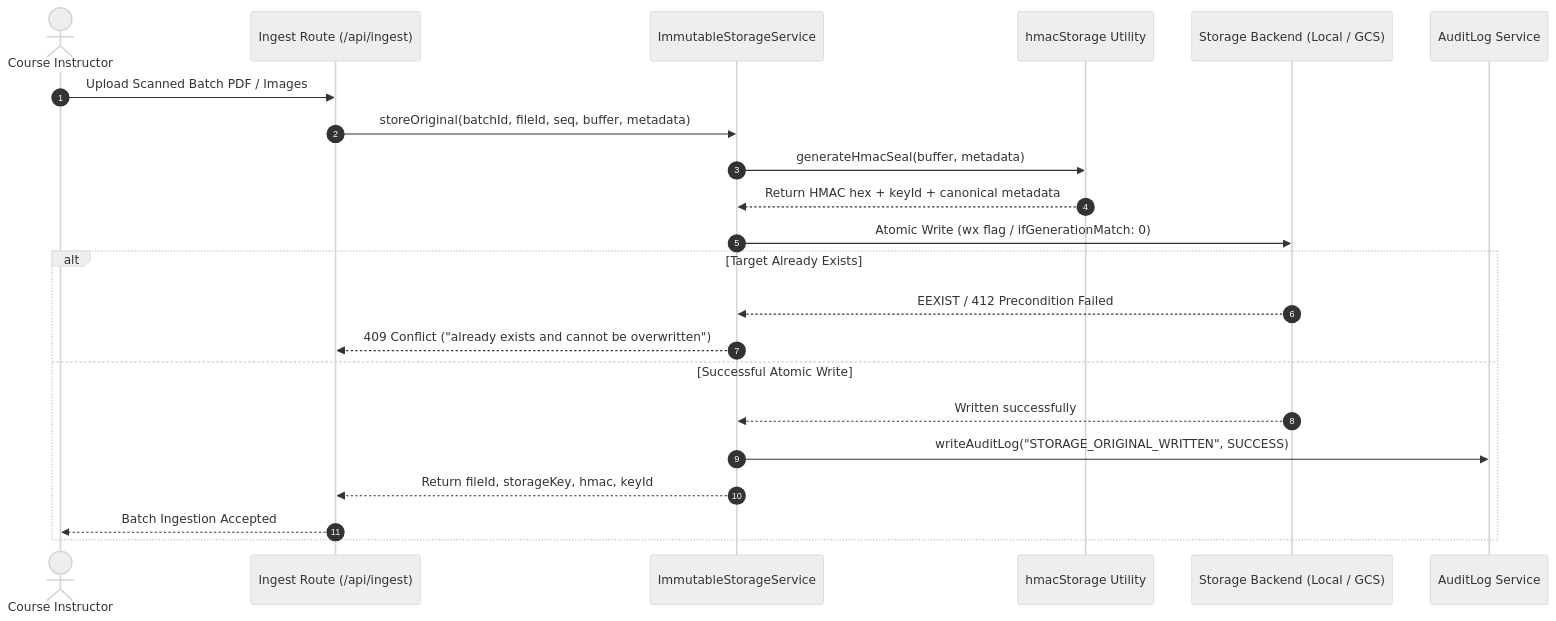
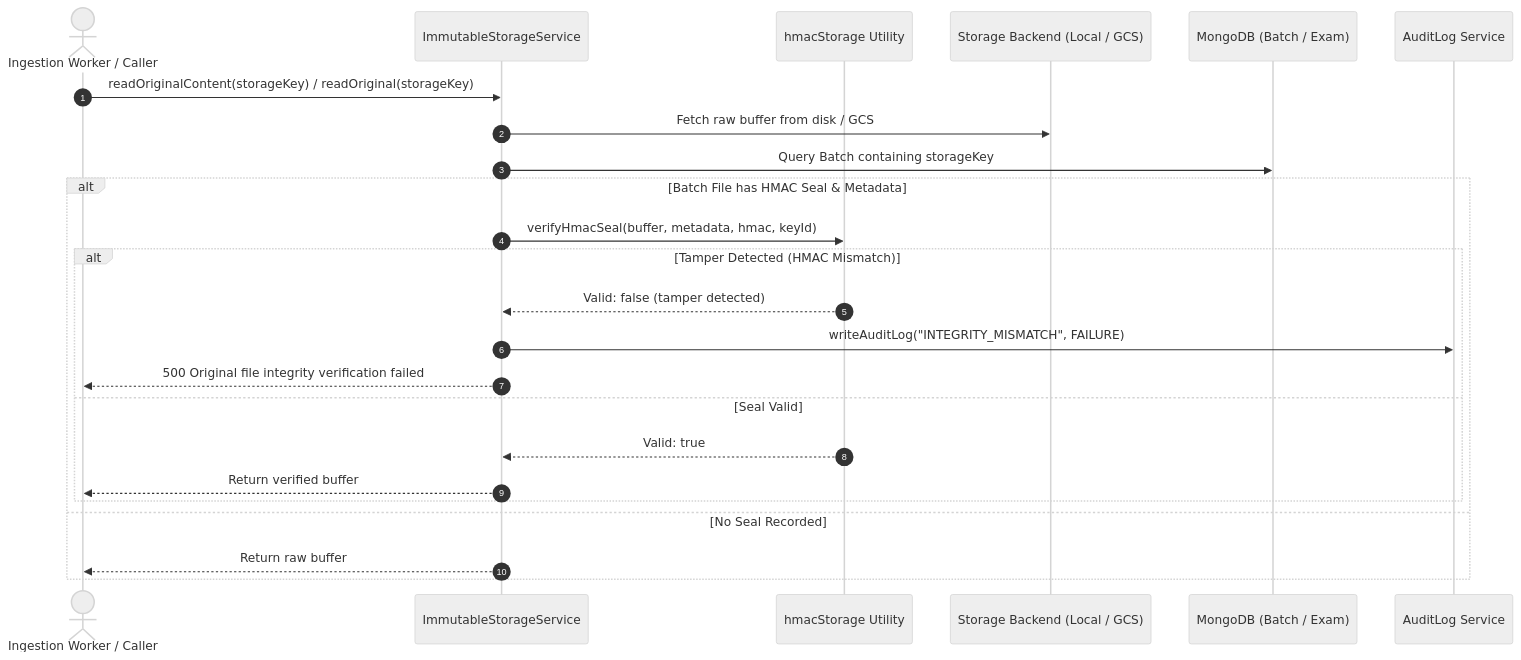
One commit to Aarathi1535/assignment_evaluation-IIIT-Hyd changed the diagram in docs/IMMUTABILITY_WORM.md. Above: the diagram before and after it, drawn with Mermaid (neutral theme). The commit also changed other lines of this file and 4 other files, not shown here.

Commit message:
fix(security): enforce WORM hooks on Batch/Exam, verify on read, and record INTEGRITY_MISMATCH

````diff
--- a/docs/IMMUTABILITY_WORM.md
+++ b/docs/IMMUTABILITY_WORM.md
@@ -36,25 +59,27 @@
 ```mermaid
 sequenceDiagram
     autonumber
-    actor Professor as Course Instructor
-    participant API as Ingest Route (/api/ingest)
+    actor Staff as Ingestion Worker / Caller
     participant Storage as ImmutableStorageService
     participant HMAC as hmacStorage Utility
     participant FS as Storage Backend (Local / GCS)
+    participant DB as MongoDB (Batch / Exam)
     participant Audit as AuditLog Service
 
-    Professor->>API: Upload Scanned Batch PDF / Images
-    API->>Storage: storeOriginal(batchId, fileId, seq, buffer, metadata)
-    Storage->>HMAC: generateHmacSeal(buffer, metadata)
-    HMAC-->>Storage: Return HMAC hex + keyId + canonical metadata
-    Storage->>FS: Atomic Write (wx flag / ifGenerationMatch: 0)
-    alt Target Already Exists
-        FS-->>Storage: EEXIST / 412 Precondition Failed
-        Storage-->>API: 409 Conflict ("already exists and cannot be overwritten")
-    else Successful Atomic Write
-        FS-->>Storage: Written successfully
-        Storage->>Audit: writeAuditLog("STORAGE_ORIGINAL_WRITTEN", SUCCESS)
-        Storage-->>API: Return fileId, storageKey, hmac, keyId
-        API-->>Professor: Batch Ingestion Accepted
+    Staff->>Storage: readOriginalContent(storageKey) / readOriginal(storageKey)
+    Storage->>FS: Fetch raw buffer from disk / GCS
+    Storage->>DB: Query Batch containing storageKey
+    alt Batch File has HMAC Seal & Metadata
+        Storage->>HMAC: verifyHmacSeal(buffer, metadata, hmac, keyId)
+        alt Tamper Detected (HMAC Mismatch)
+            HMAC-->>Storage: Valid: false (tamper detected)
+            Storage->>Audit: writeAuditLog("INTEGRITY_MISMATCH", FAILURE)
+            Storage-->>Staff: 500 Original file integrity verification failed
+        else Seal Valid
+            HMAC-->>Storage: Valid: true
+            Storage-->>Staff: Return verified buffer
+        end
+    else No Seal Recorded
+        Storage-->>Staff: Return raw buffer
     end
 ```
````
